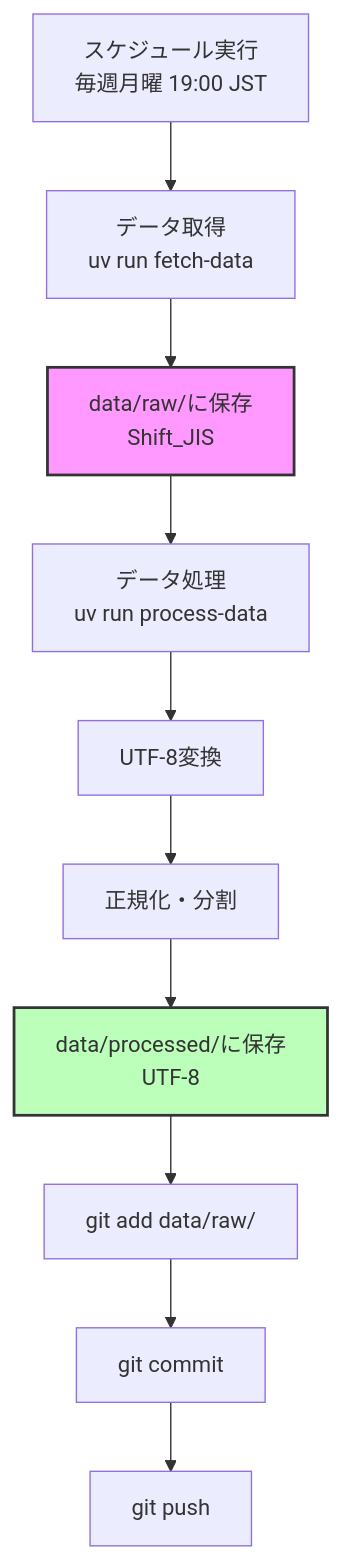
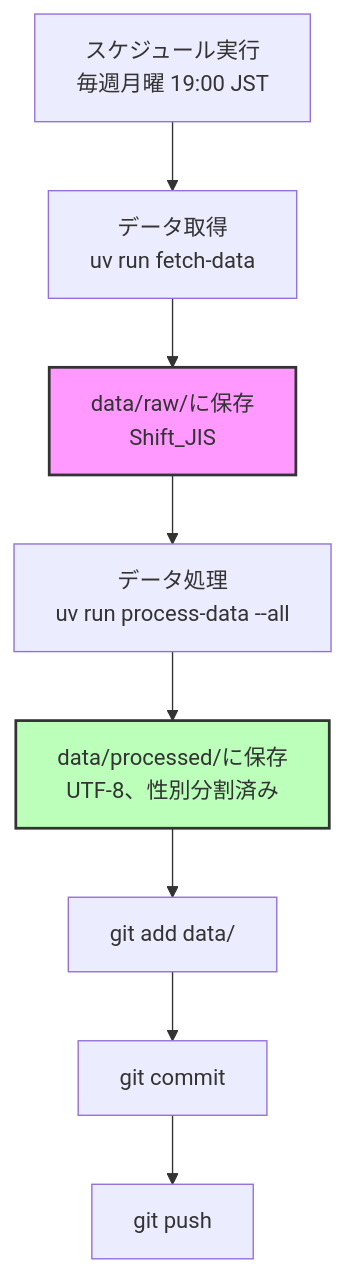
Before and after one commit to kambarakun/fetch-tokyo-idsc-github-actions: the second of 4 diagrams in docs/data_structure_design.md, drawn with Mermaid. The commit also changed other lines of this file and 10 other files, not shown here.

````diff
--- a/docs/data_structure_design.md
+++ b/docs/data_structure_design.md
@@ -217,15 +237,13 @@
 ```mermaid
 flowchart TD
     Schedule[スケジュール実行<br/>毎週月曜 19:00 JST] --> Fetch[データ取得<br/>uv run fetch-data]
     Fetch --> SaveRaw[data/raw/に保存<br/>Shift_JIS]
-    SaveRaw --> Process[データ処理<br/>uv run process-data]
-    Process --> ConvertUTF8[UTF-8変換]
-    ConvertUTF8 --> Normalize[正規化・分割]
-    Normalize --> SaveProcessed[data/processed/に保存<br/>UTF-8]
-    SaveProcessed --> GitAdd[git add data/raw/]
+    SaveRaw --> Process[データ処理<br/>uv run process-data --all]
+    Process --> SaveProcessed[data/processed/に保存<br/>UTF-8、性別分割済み]
+    SaveProcessed --> GitAdd[git add data/]
     GitAdd --> GitCommit[git commit]
     GitCommit --> GitPush[git push]
 
     style SaveRaw fill:#f9f,stroke:#333,stroke-width:2px
     style SaveProcessed fill:#bfb,stroke:#333,stroke-width:2px
 ```
````
